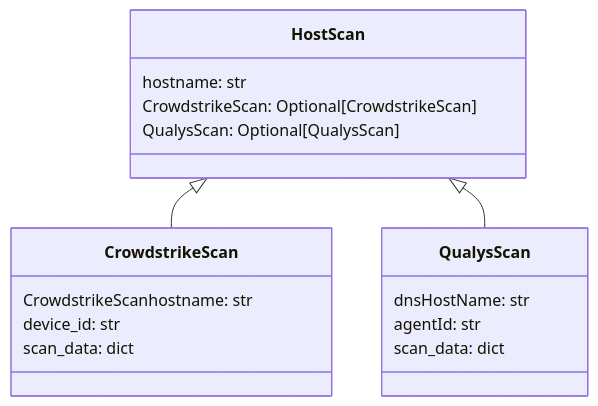
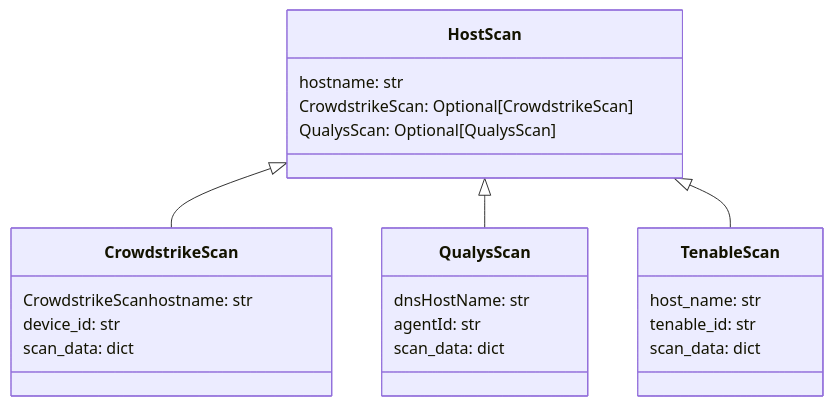
The second of 2 diagrams in README.md (ak47us/interview-silk), drawn with Mermaid before and after one commit. The commit also changed other lines of this file, not shown here.

Commit message:
Add additional notes from today's session, where an additional data source was introduced to the pipeline.

````diff
--- a/README.md
+++ b/README.md
@@ -41,20 +41,26 @@
 ```mermaid
 classDiagram
     HostScan <|-- CrowdstrikeScan
     HostScan <|-- QualysScan
+    HostScan <|-- TenableScan
     class HostScan{
         hostname:        str
         CrowdstrikeScan: Optional[CrowdstrikeScan]
         QualysScan:      Optional[QualysScan]     
     }
     class CrowdstrikeScan{
         CrowdstrikeScanhostname: str
         device_id: str
         scan_data: dict
     }
     class QualysScan{
         dnsHostName: str
         agentId: str
         scan_data: dict
     }
+    class TenableScan{
+        host_name: str
+        tenable_id: str
+        scan_data:   dict
+    }
 ```
````
